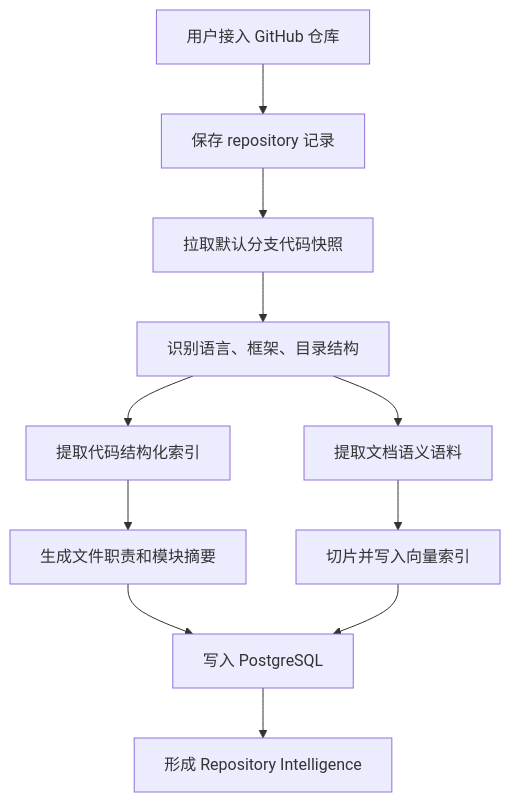
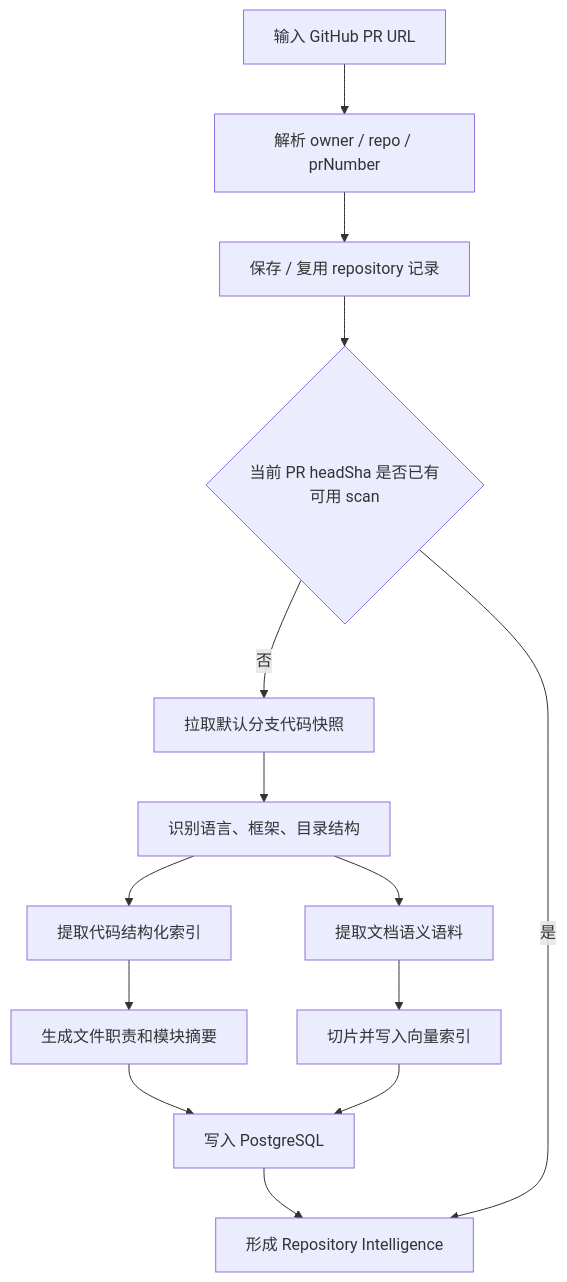
Before and after one commit to zhaoyongze123/ai-pr-review-assistant: the second of 4 diagrams in docs/ai-pr-review-architecture.md, drawn with Mermaid. The commit also changed other lines of this file and 9 other files, not shown here.

````diff
--- a/docs/ai-pr-review-architecture.md
+++ b/docs/ai-pr-review-architecture.md
@@ -126,13 +128,16 @@
 ```mermaid
 flowchart TD
-    A["用户接入 GitHub 仓库"] --> B["保存 repository 记录"]
-    B --> C["拉取默认分支代码快照"]
-    C --> D["识别语言、框架、目录结构"]
-    D --> E["提取代码结构化索引"]
-    D --> F["提取文档语义语料"]
-    E --> G["生成文件职责和模块摘要"]
-    F --> H["切片并写入向量索引"]
-    G --> I["写入 PostgreSQL"]
-    H --> I
-    I --> J["形成 Repository Intelligence"]
+    A["输入 GitHub PR URL"] --> B["解析 owner / repo / prNumber"]
+    B --> C["保存 / 复用 repository 记录"]
+    C --> D{"当前 PR headSha 是否已有可用 scan"}
+    D -- 否 --> E["拉取默认分支代码快照"]
+    E --> F["识别语言、框架、目录结构"]
+    F --> G["提取代码结构化索引"]
+    F --> H["提取文档语义语料"]
+    G --> I["生成文件职责和模块摘要"]
+    H --> J["切片并写入向量索引"]
+    I --> K["写入 PostgreSQL"]
+    J --> K
+    K --> L["形成 Repository Intelligence"]
+    D -- 是 --> L
 ```
````
